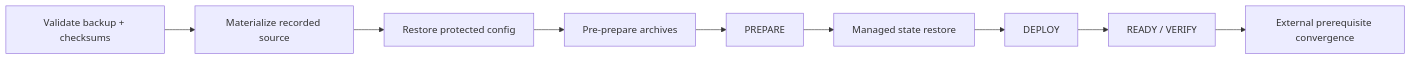
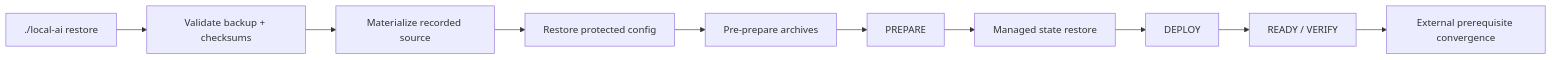
The second of 2 diagrams in docs/dr/howto.md (ea1het/local_hybrid_ai), drawn with Mermaid before and after one commit. The commit also changed other lines of this file, not shown here.

Commit message:
Route DR documentation through local-ai

````diff
--- a/docs/dr/howto.md
+++ b/docs/dr/howto.md
@@ -43,11 +51,12 @@
 ```mermaid
 flowchart LR
-    Validate[Validate backup + checksums] --> Source[Materialize recorded source]
+    CLI[./local-ai restore] --> Validate[Validate backup + checksums]
+    Validate --> Source[Materialize recorded source]
     Source --> Config[Restore protected config]
     Config --> Pre[Pre-prepare archives]
     Pre --> Prepare[PREPARE]
     Prepare --> Managed[Managed state restore]
     Managed --> Deploy[DEPLOY]
     Deploy --> Ready[READY / VERIFY]
     Ready --> External[External prerequisite convergence]
 ```
````
